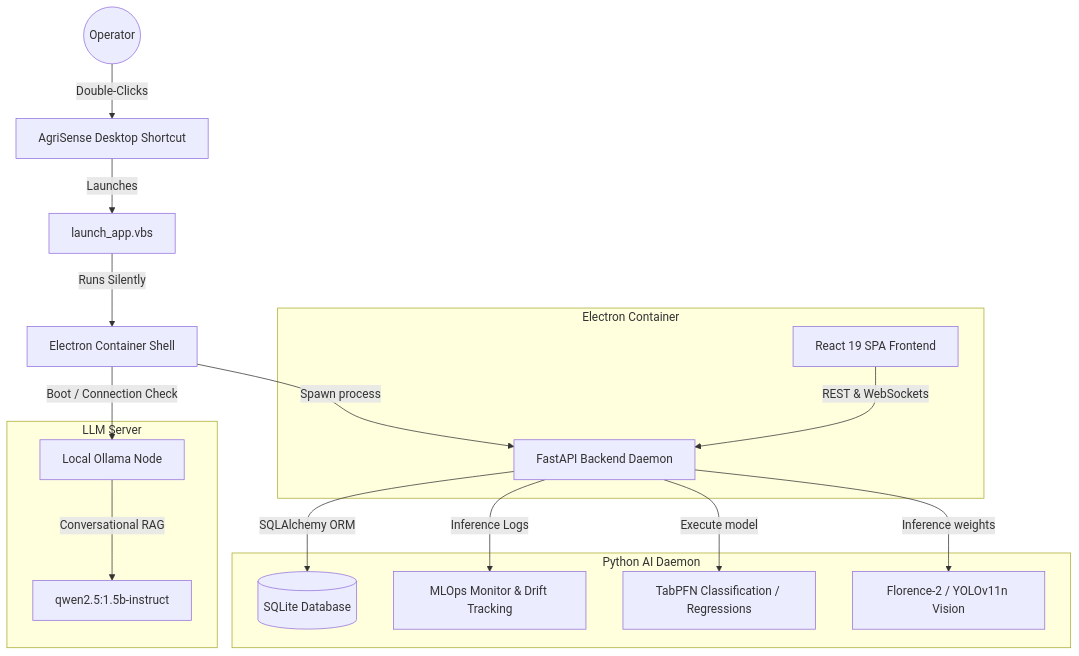
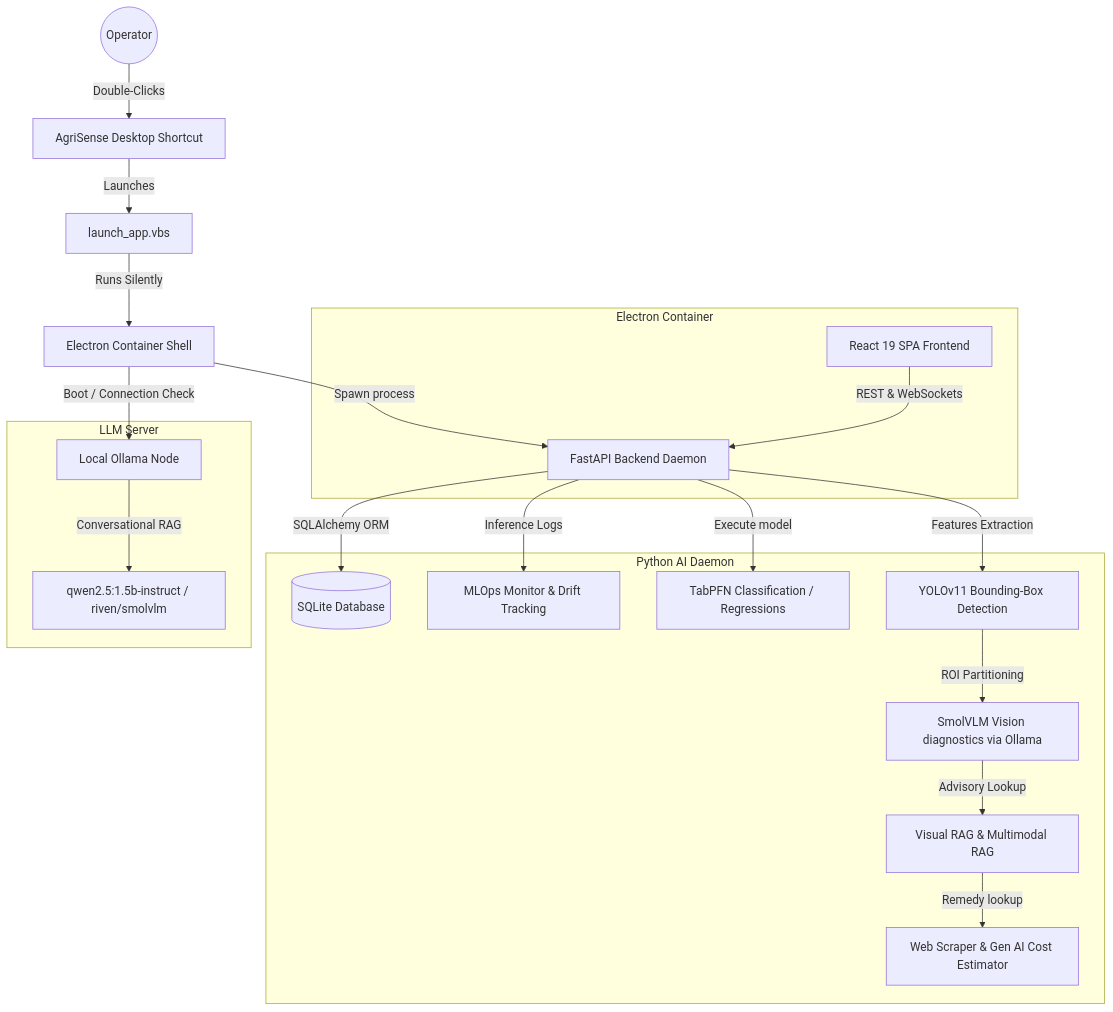
Before and after one commit to ELANGKATHIR11/AgriSense-Sustainable-Agriculture: the diagram in README.md, drawn with Mermaid. The commit also changed other lines of this file, not shown here.

Commit message:
docs: update system architecture diagram and feature listings in README.md

````diff
--- a/README.md
+++ b/README.md
@@ -11,23 +11,26 @@
 ```mermaid
 graph TD
   User((Operator)) -->|Double-Clicks| Shortcut[AgriSense Desktop Shortcut]
   Shortcut -->|Launches| VBS[launch_app.vbs]
   VBS -->|Runs Silently| Electron[Electron Container Shell]
   Electron -->|Spawn process| FastAPI[FastAPI Backend Daemon]
   Electron -->|Boot / Connection Check| Ollama[Local Ollama Node]
   
   subgraph Electron Container
     React[React 19 SPA Frontend] -->|REST & WebSockets| FastAPI
   end
   
   subgraph Python AI Daemon
     FastAPI -->|SQLAlchemy ORM| DB[(SQLite Database)]
     FastAPI -->|Inference Logs| MLOps[MLOps Monitor & Drift Tracking]
     FastAPI -->|Execute model| TabPFN[TabPFN Classification / Regressions]
-    FastAPI -->|Inference weights| CV[Florence-2 / YOLOv11n Vision]
+    FastAPI -->|Features Extraction| YOLO[YOLOv11 Bounding-Box Detection]
+    YOLO -->|ROI Partitioning| SmolVLM[SmolVLM Vision diagnostics via Ollama]
+    SmolVLM -->|Advisory Lookup| VRAG[Visual RAG & Multimodal RAG]
+    VRAG -->|Remedy lookup| Scraper[Web Scraper & Gen AI Cost Estimator]
   end
 
   subgraph LLM Server
-    Ollama -->|Conversational RAG| Qwen[qwen2.5:1.5b-instruct]
+    Ollama -->|Conversational RAG| Qwen[qwen2.5:1.5b-instruct / riven/smolvlm]
   end
 ```
````
